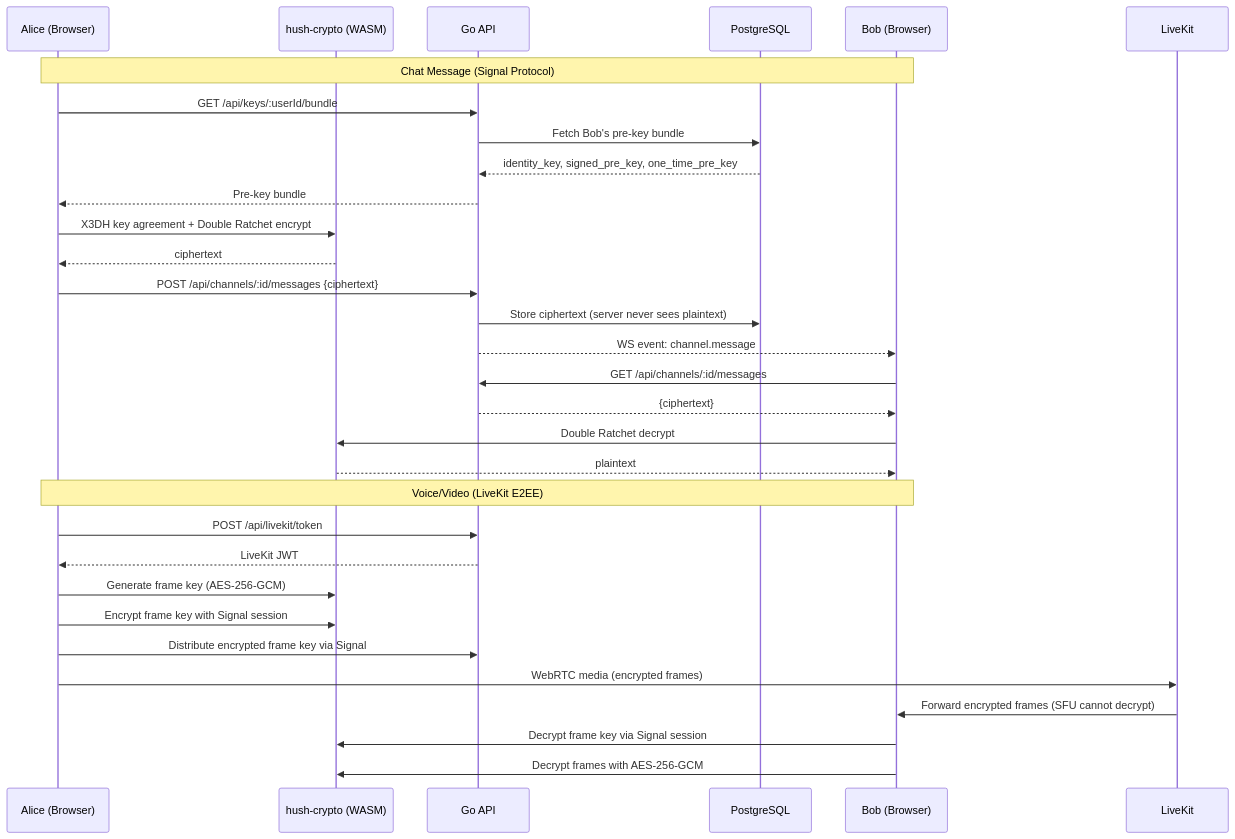
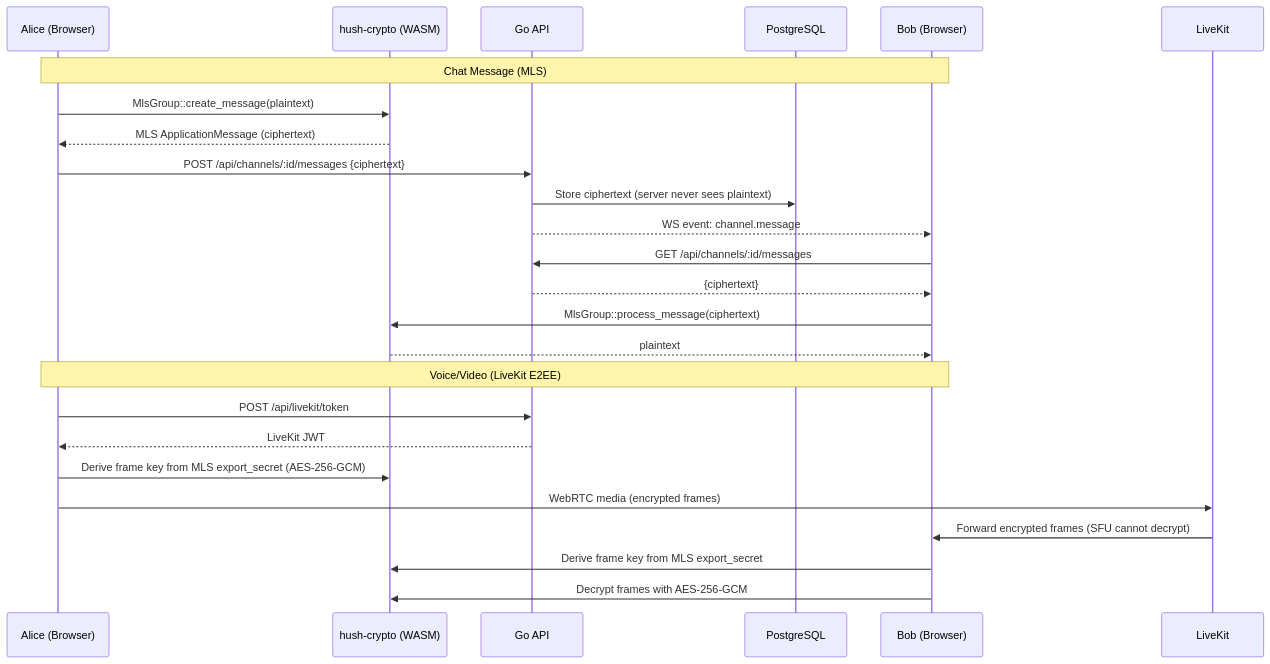
One commit to YarinCardillo/hush-app changed the fourth of 6 diagrams in docs/SETUP.md. Above: the diagram before and after it, drawn with Mermaid. The commit also changed other lines of this file and 2 other files, not shown here.

Commit message:
docs: update README, SETUP, MLS_MIGRATION to reflect completed MLS migration and Phase O
Signal Protocol references replaced with MLS (RFC 9420) across all three
docs. MLS_MIGRATION.md status updated to Complete with phase dates and
post-migration risk assessment. Phase O metadata encryption documented.
Mermaid diagrams and database tables updated to reflect mls_credentials
and mls_key_packages replacing signal_* tables.

````diff
--- a/docs/SETUP.md
+++ b/docs/SETUP.md
@@ -361,34 +361,28 @@
 ```mermaid
 sequenceDiagram
   participant A as Alice (Browser)
   participant WASM as hush-crypto (WASM)
   participant API as Go API
   participant DB as PostgreSQL
   participant B as Bob (Browser)
 
-  Note over A,B: Chat Message (Signal Protocol)
-  A->>API: GET /api/keys/:userId/bundle
-  API->>DB: Fetch Bob's pre-key bundle
-  DB-->>API: identity_key, signed_pre_key, one_time_pre_key
-  API-->>A: Pre-key bundle
-  A->>WASM: X3DH key agreement + Double Ratchet encrypt
-  WASM-->>A: ciphertext
+  Note over A,B: Chat Message (MLS)
+  A->>WASM: MlsGroup::create_message(plaintext)
+  WASM-->>A: MLS ApplicationMessage (ciphertext)
   A->>API: POST /api/channels/:id/messages {ciphertext}
   API->>DB: Store ciphertext (server never sees plaintext)
   API-->>B: WS event: channel.message
   B->>API: GET /api/channels/:id/messages
   API-->>B: {ciphertext}
-  B->>WASM: Double Ratchet decrypt
+  B->>WASM: MlsGroup::process_message(ciphertext)
   WASM-->>B: plaintext
 
   Note over A,B: Voice/Video (LiveKit E2EE)
   A->>API: POST /api/livekit/token
   API-->>A: LiveKit JWT
-  A->>WASM: Generate frame key (AES-256-GCM)
-  A->>WASM: Encrypt frame key with Signal session
-  A->>API: Distribute encrypted frame key via Signal
+  A->>WASM: Derive frame key from MLS export_secret (AES-256-GCM)
   A->>LiveKit: WebRTC media (encrypted frames)
   LiveKit->>B: Forward encrypted frames (SFU cannot decrypt)
-  B->>WASM: Decrypt frame key via Signal session
+  B->>WASM: Derive frame key from MLS export_secret
   B->>WASM: Decrypt frames with AES-256-GCM
 ```
````
